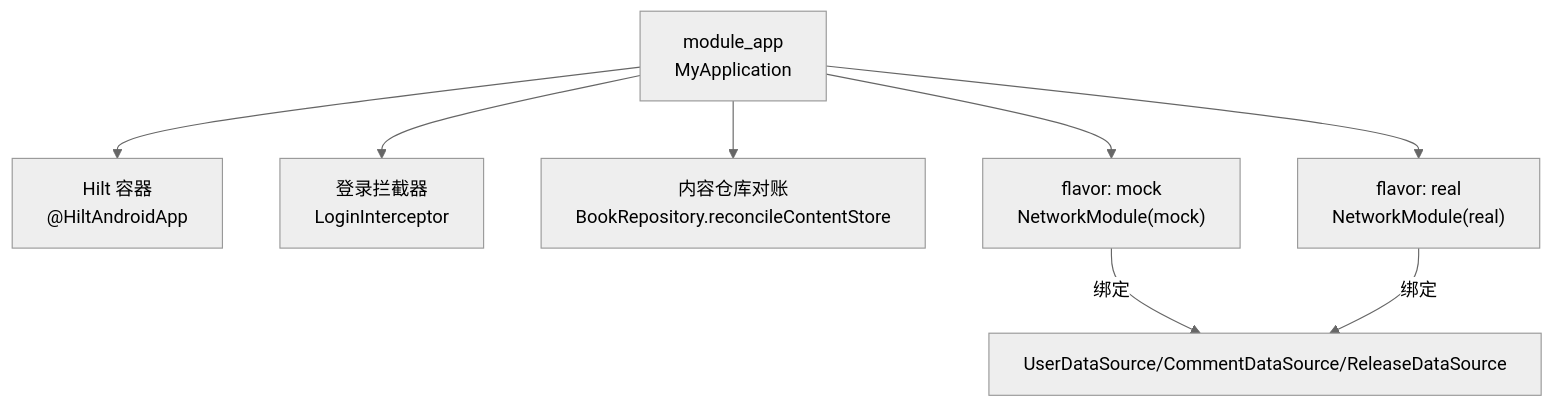
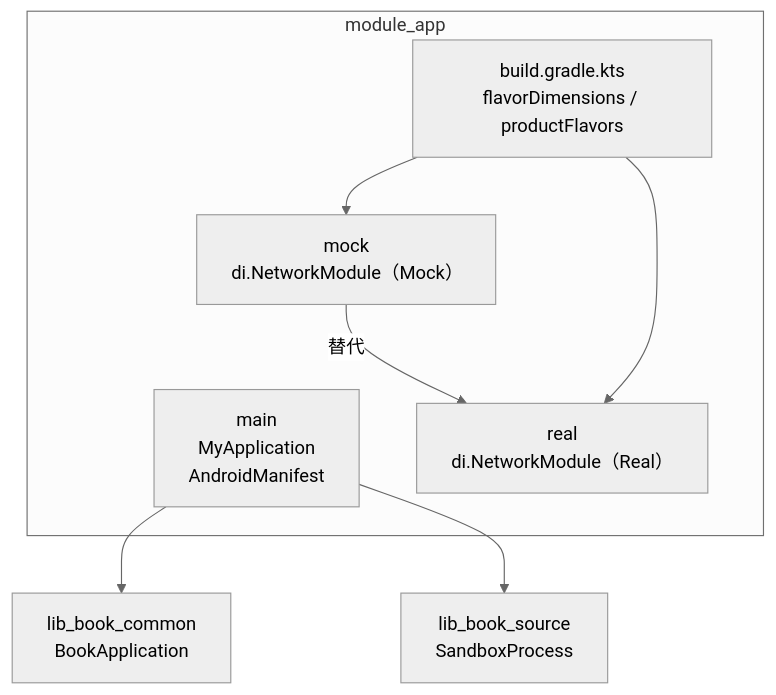
One commit to xrn1997/android-ebook changed the first of 11 diagrams in .qoder/repowiki/zh/content/核心模块/应用入口模块 (module_app).md. Above: the diagram before and after it, drawn with Mermaid (neutral theme). The commit also changed other lines of this file and 456 other files, not shown here.

````diff
--- a/.qoder/repowiki/zh/content/核心模块/应用入口模块 (module_app).md
+++ b/.qoder/repowiki/zh/content/核心模块/应用入口模块 (module_app).md
@@ -39,10 +46,18 @@
 ```mermaid
 graph TB
-    A["module_app<br/>MyApplication"] --> B["Hilt 容器<br/>@HiltAndroidApp"]
-    A --> C["登录拦截器<br/>LoginInterceptor"]
-    A --> D["内容仓库对账<br/>BookRepository.reconcileContentStore"]
-    E["flavor: mock<br/>NetworkModule(mock)"] -->|绑定| F["UserDataSource/CommentDataSource/ReleaseDataSource"]
-    G["flavor: real<br/>NetworkModule(real)"] -->|绑定| F
-    A --> E
-    A --> G
+    subgraph "module_app"
+        MAIN["main<br/>MyApplication<br/>AndroidManifest"]
+        MOCK["mock<br/>di.NetworkModule（Mock）"]
+        REAL["real<br/>di.NetworkModule（Real）"]
+        BUILD["build.gradle.kts<br/>flavorDimensions / productFlavors"]
+    end
+
+    BOOK_COMMON["lib_book_common<br/>BookApplication"]
+    LIB_SOURCE["lib_book_source<br/>SandboxProcess"]
+
+    MAIN --> BOOK_COMMON
+    MAIN --> LIB_SOURCE
+    MOCK -->|替代| REAL
+    BUILD --> MOCK
+    BUILD --> REAL
 ```
````
